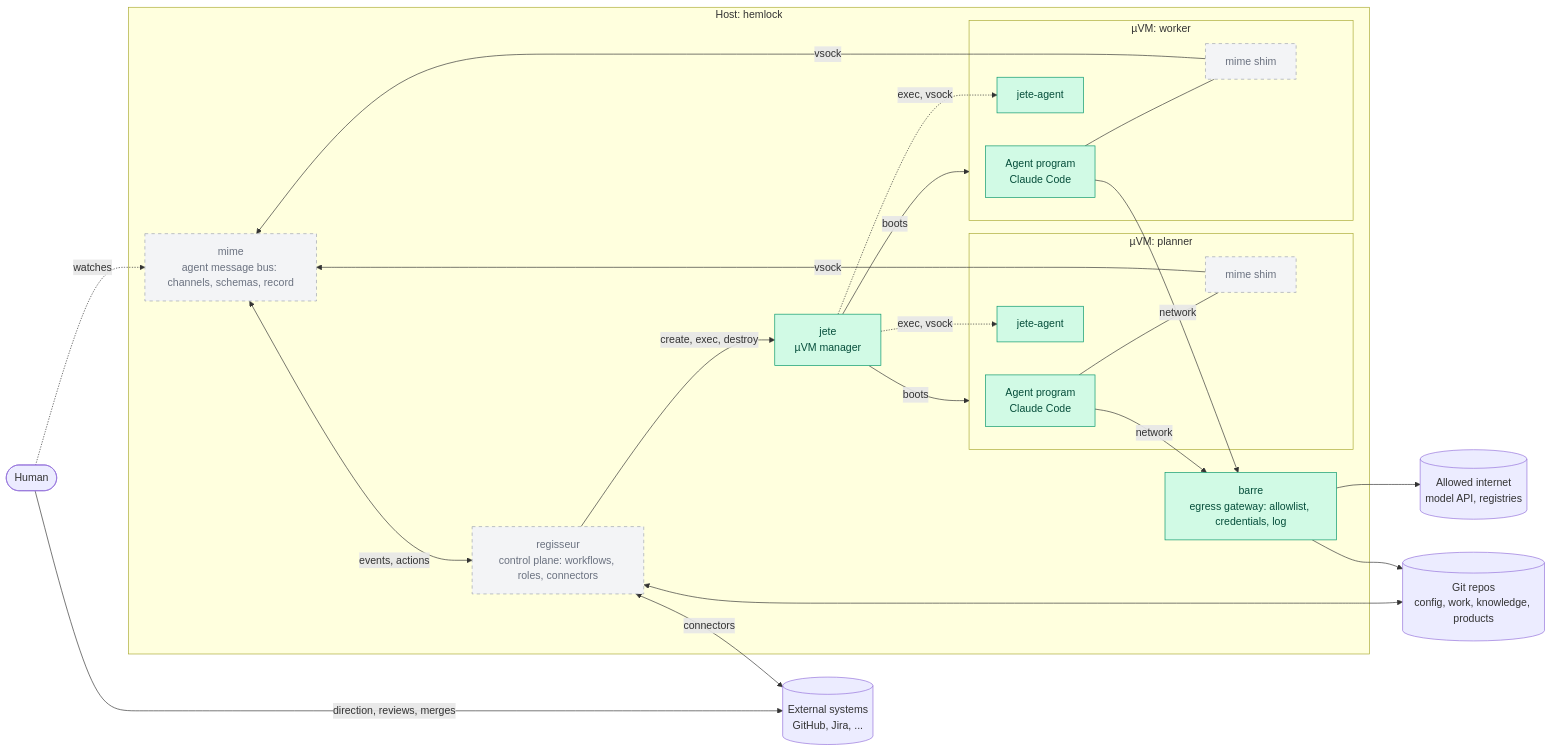
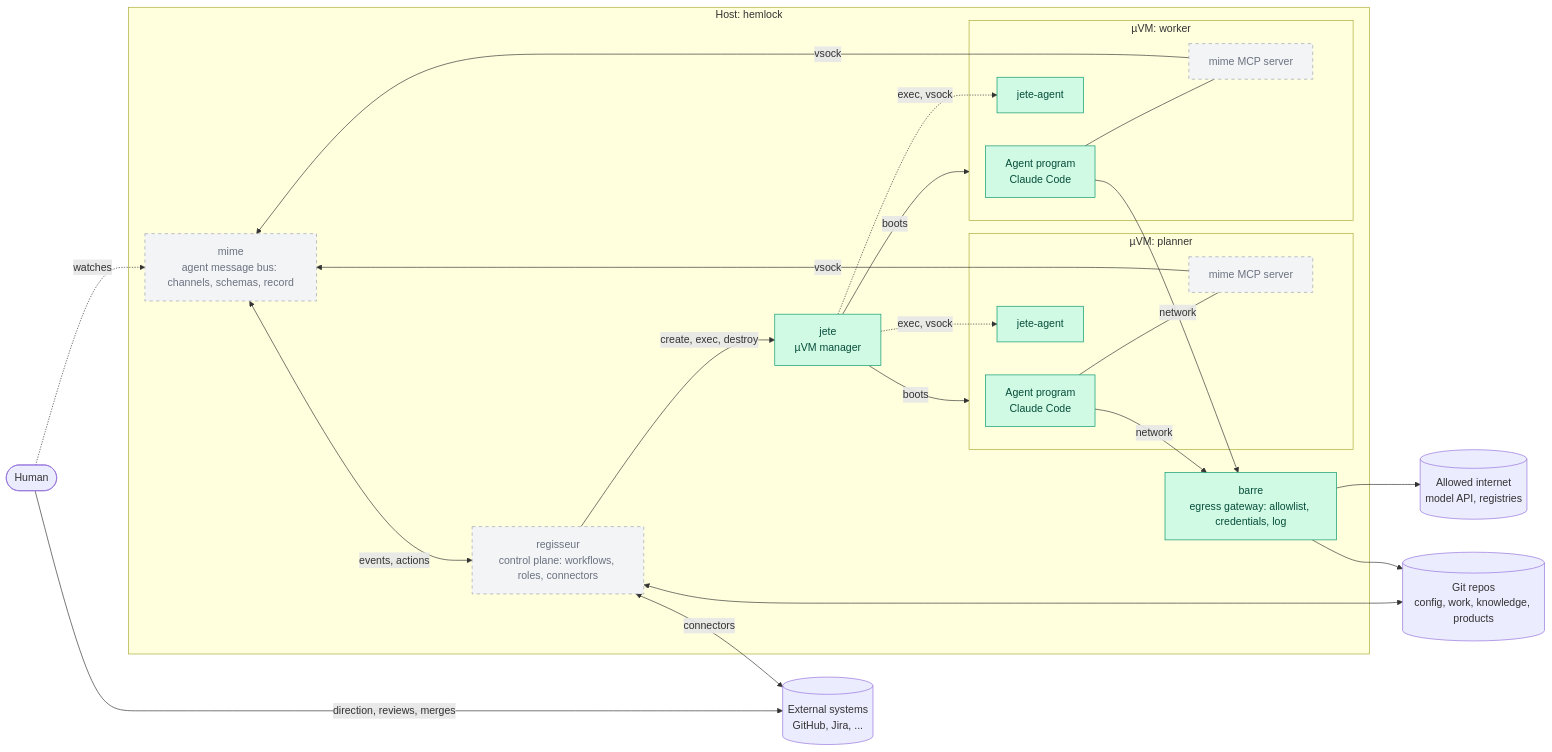
The first of 4 diagrams in docs/talks/2026-11-machinesdancing/slides.md (carloswestman/machinesdancing), drawn with Mermaid before and after one commit. The commit also changed other lines of this file, not shown here.

Commit message:
talk: the shim is mime's MCP server in each µVM

````diff
--- a/docs/talks/2026-11-machinesdancing/slides.md
+++ b/docs/talks/2026-11-machinesdancing/slides.md
@@ -177,39 +178,39 @@
 ```mermaid
 flowchart LR
     human([Human])
     ext[(External systems<br/>GitHub, Jira, ...)]
     repos[(Git repos<br/>config, work, knowledge, products)]
     internet[(Allowed internet<br/>model API, registries)]
 
     subgraph host[Host: hemlock]
         cp[regisseur<br/>control plane: workflows, roles, connectors]
         bus[mime<br/>agent message bus: channels, schemas, record]
         gw[barre<br/>egress gateway: allowlist, credentials, log]
         jete[jete<br/>µVM manager]
         subgraph vm1[µVM: planner]
-            a1[Agent program<br/>Claude Code] --- s1[mime shim]
+            a1[Agent program<br/>Claude Code] --- s1[mime MCP server]
             j1[jete-agent]
         end
         subgraph vm2[µVM: worker]
-            a2[Agent program<br/>Claude Code] --- s2[mime shim]
+            a2[Agent program<br/>Claude Code] --- s2[mime MCP server]
             j2[jete-agent]
         end
     end
 
     human -- direction, reviews, merges --> ext
     human -. watches .-> bus
     cp -- create, exec, destroy --> jete
     jete -- boots --> vm1 & vm2
     jete -. exec, vsock .-> j1 & j2
     s1 & s2 -- vsock --> bus
     bus <-- events, actions --> cp
     cp <-- connectors --> ext
     cp <--> repos
     a1 & a2 -- network --> gw
     gw --> internet & repos
 
     classDef built fill:#d1fae5,stroke:#059669,color:#064e3b
     classDef planned fill:#f3f4f6,stroke:#9ca3af,stroke-dasharray:5 5,color:#6b7280
     class jete,gw,a1,a2,j1,j2 built
     class cp,bus,s1,s2 planned
 ```
````
